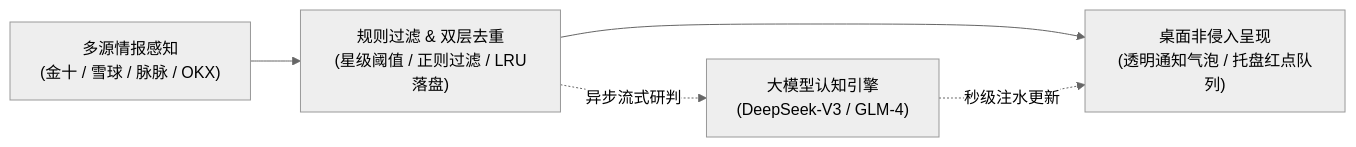
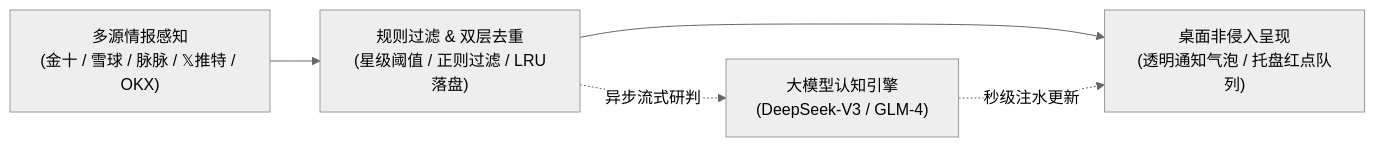
One commit to dengwka/kuaixuntong changed the diagram in README.md. Above: the diagram before and after it, drawn with Mermaid (neutral theme). The commit also changed other lines of this file and 14 other files, not shown here.

Commit message:
feat(x-twitter): 支持Twitter实时监控与订阅管理、AI观点研判、多图查看与UI交互优化

````diff
--- a/README.md
+++ b/README.md
@@ -26,7 +26,7 @@
 ```mermaid
 flowchart LR
-    A["多源情报感知<br/>(金十 / 雪球 / 脉脉 / OKX)"] --> B["规则过滤 & 双层去重<br/>(星级阈值 / 正则过滤 / LRU落盘)"]
+    A["多源情报感知<br/>(金十 / 雪球 / 脉脉 / 𝕏推特 / OKX)"] --> B["规则过滤 & 双层去重<br/>(星级阈值 / 正则过滤 / LRU落盘)"]
     B --> C["桌面非侵入呈现<br/>(透明通知气泡 / 托盘红点队列)"]
     B -.->|异步流式研判| D["大模型认知引擎<br/>(DeepSeek-V3 / GLM-4)"]
     D -.->|秒级注水更新| C
 ```
````
